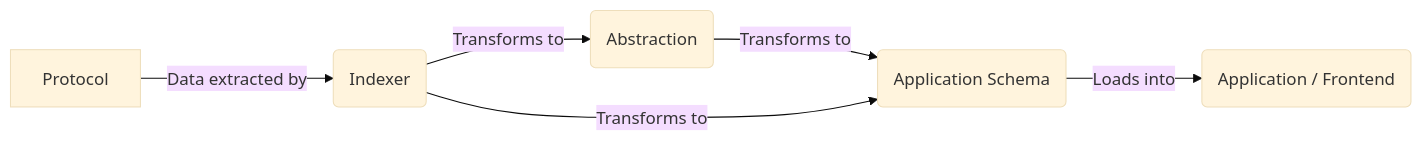
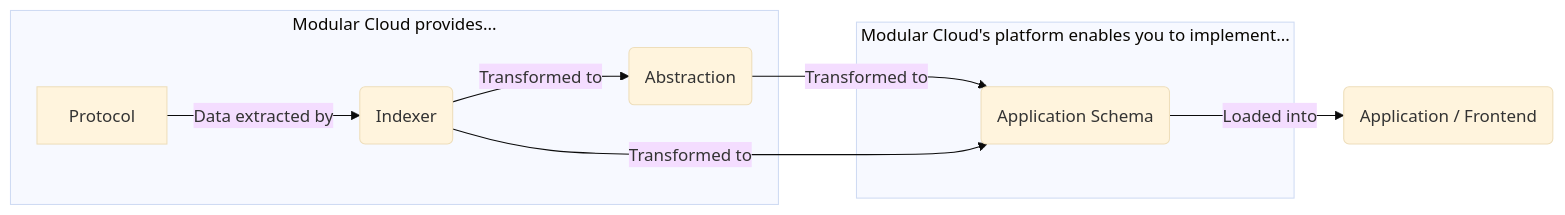
The first of 3 diagrams in Modular Blockchains/Architecture for modular apps.md (lzrscg/brainstorm), drawn with Mermaid (base theme) before and after one commit. The commit also changed other lines of this file, not shown here.

````diff
--- a/Modular Blockchains/Architecture for modular apps.md
+++ b/Modular Blockchains/Architecture for modular apps.md
@@ -24,8 +24,12 @@
 ```mermaid
 flowchart LR
+	subgraph Modular Cloud provides...
 	A[Protocol] -->|Data extracted by| B(Indexer)
-	B --> |Transforms to| C(Abstraction)
-	C --> |Transforms to| D(Application Schema)
-	B --> |Transforms to| D
-	D --> |Loads into| E(Application / Frontend)
+	B --> |Transformed to| C(Abstraction)
+	end
+	subgraph Modular Cloud's platform enables you to implement...
+	C --> |Transformed to| D(Application Schema)
+	B --> |Transformed to| D
+	end
+	D --> |Loaded into| E(Application / Frontend)
 ```
````
